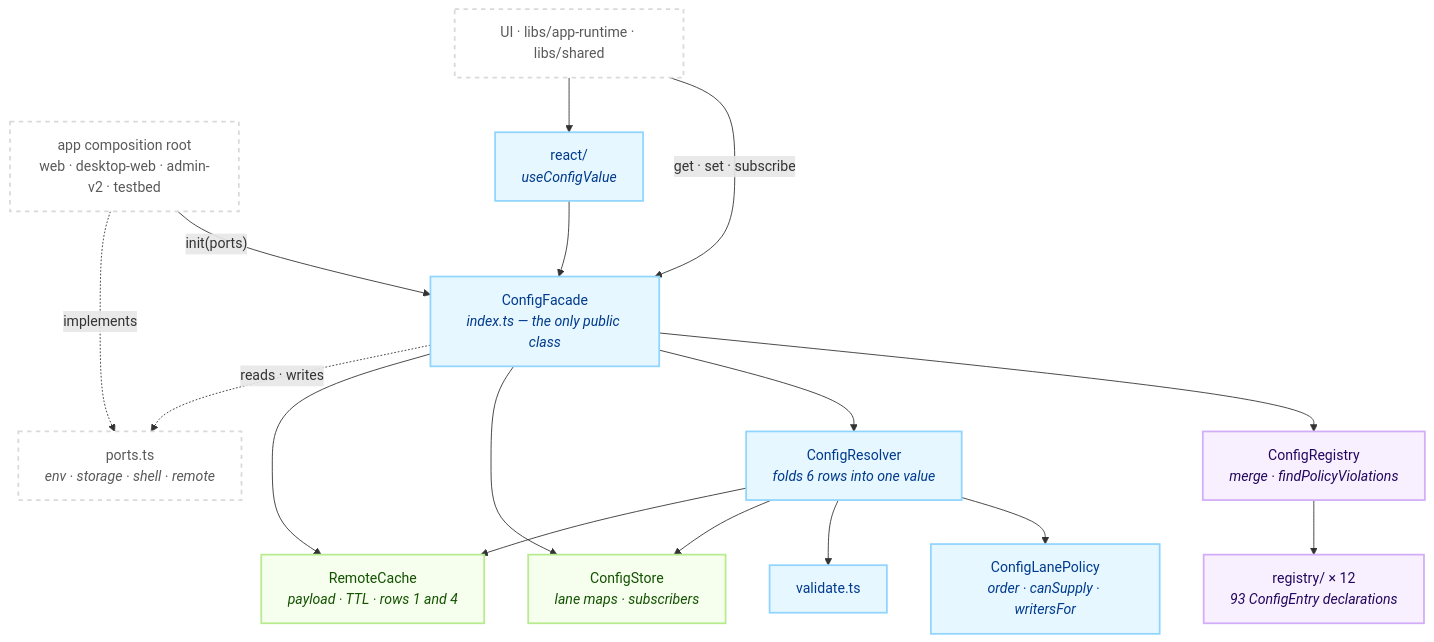
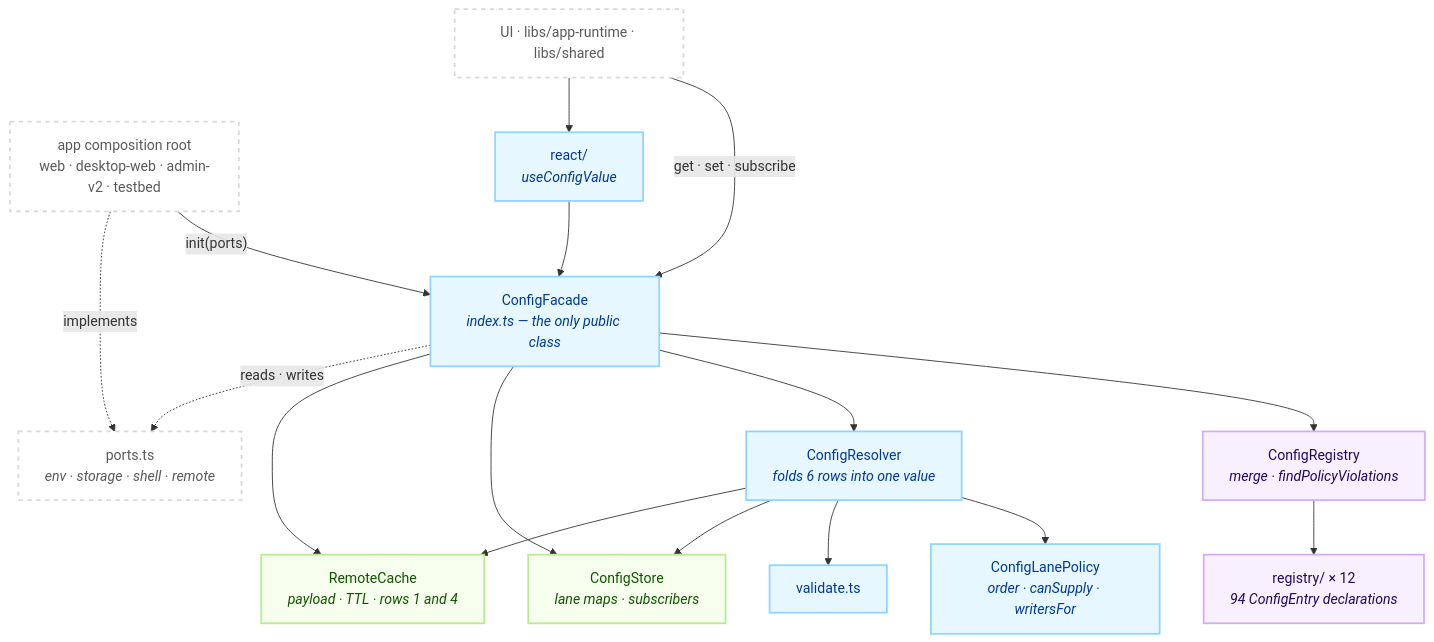
Before and after one commit to lemoncloud-io/dou-app: the first of 2 diagrams in libs/config/README.md, drawn with Mermaid. The commit also changed other lines of this file and 12 other files, not shown here.

````diff
--- a/libs/config/README.md
+++ b/libs/config/README.md
@@ -60,40 +60,40 @@
 ```mermaid
 flowchart TD
     classDef decl fill:#f9f0ff,stroke:#d3adf7,stroke-width:2px,color:#22075e;
     classDef resl fill:#e6f7ff,stroke:#91d5ff,stroke-width:2px,color:#003a8c;
     classDef hold fill:#f6ffed,stroke:#b7eb8f,stroke-width:2px,color:#135200;
     classDef ext fill:#ffffff,stroke:#d9d9d9,stroke-width:2px,color:#595959,stroke-dasharray: 5 5;
 
     App["app composition root<br/>web · desktop-web · admin-v2 · testbed"]:::ext
     UI["UI · libs/app-runtime · libs/shared"]:::ext
 
     Facade["ConfigFacade<br/><i>index.ts — the only public class</i>"]:::resl
     React["react/<br/><i>useConfigValue</i>"]:::resl
 
     Registry["ConfigRegistry<br/><i>merge · findPolicyViolations</i>"]:::decl
-    Modules["registry/ × 12<br/><i>93 ConfigEntry declarations</i>"]:::decl
+    Modules["registry/ × 12<br/><i>94 ConfigEntry declarations</i>"]:::decl
 
     Resolver["ConfigResolver<br/><i>folds 6 rows into one value</i>"]:::resl
     Policy["ConfigLanePolicy<br/><i>order · canSupply · writersFor</i>"]:::resl
     Validate["validate.ts"]:::resl
 
     Store["ConfigStore<br/><i>lane maps · subscribers</i>"]:::hold
     Remote["RemoteCache<br/><i>payload · TTL · rows 1 and 4</i>"]:::hold
 
     Ports["ports.ts<br/><i>env · storage · shell · remote</i>"]:::ext
 
     App -->|"init(ports)"| Facade
     UI -->|"get · set · subscribe"| Facade
     UI --> React
     React --> Facade
     Facade --> Registry --> Modules
     Facade --> Resolver
     Facade --> Store
     Facade --> Remote
     Resolver --> Policy
     Resolver --> Validate
     Resolver --> Store
     Resolver --> Remote
     Facade -.->|"reads · writes"| Ports
     App -.->|"implements"| Ports
 ```
````
